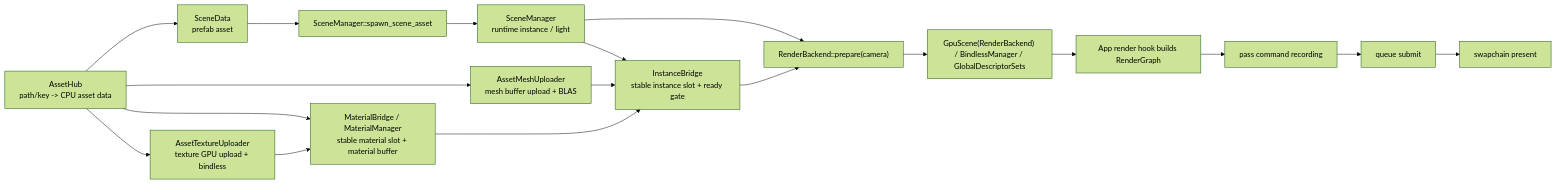
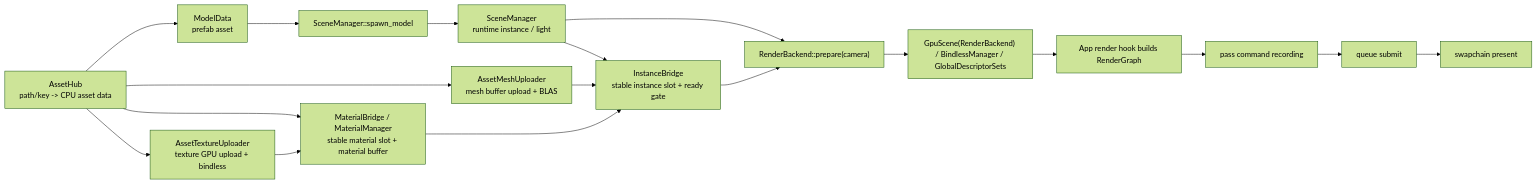
Before and after one commit to acccoco/TruvisRenderer: the sixth of 7 diagrams in ARCHITECTURE.md, drawn with Mermaid (forest theme). The commit also changed other lines of this file and 15 other files, not shown here.

Commit message:
[feat] AssetHub 不再自动生成 Instance，而是产生 Prefab，由 App 自己决定 spawn instance

````diff
--- a/ARCHITECTURE.md
+++ b/ARCHITECTURE.md
@@ -206,20 +206,20 @@
 ```mermaid
 flowchart LR
     AssetHub["AssetHub<br/>path/key -> CPU asset data"] --> TextureUploader["AssetTextureUploader<br/>texture GPU upload + bindless"]
     AssetHub --> MeshUploader["AssetMeshUploader<br/>mesh buffer upload + BLAS"]
     AssetHub --> MaterialBridge["MaterialBridge / MaterialManager<br/>stable material slot + material buffer"]
-    AssetHub --> SceneAsset["SceneData<br/>prefab asset"]
-    SceneAsset --> SceneSpawner["SceneManager::spawn_scene_asset"]
+    AssetHub --> ModelData["ModelData<br/>prefab asset"]
+    ModelData --> SceneSpawner["SceneManager::spawn_model"]
     SceneSpawner --> Scene["SceneManager<br/>runtime instance / light"]
     Scene --> InstanceBridge["InstanceBridge<br/>stable instance slot + ready gate"]
     TextureUploader --> MaterialBridge
     MeshUploader --> InstanceBridge
     Scene --> Prepare["RenderBackend::prepare(camera)"]
     MaterialBridge --> InstanceBridge
     InstanceBridge --> Prepare
     Prepare --> GpuResources["GpuScene(RenderBackend) / BindlessManager / GlobalDescriptorSets"]
     GpuResources --> BuildGraph["App render hook builds RenderGraph"]
     BuildGraph --> RecordCommands["pass command recording"]
     RecordCommands --> Submit["queue submit"]
     Submit --> Present["swapchain present"]
 ```
````
